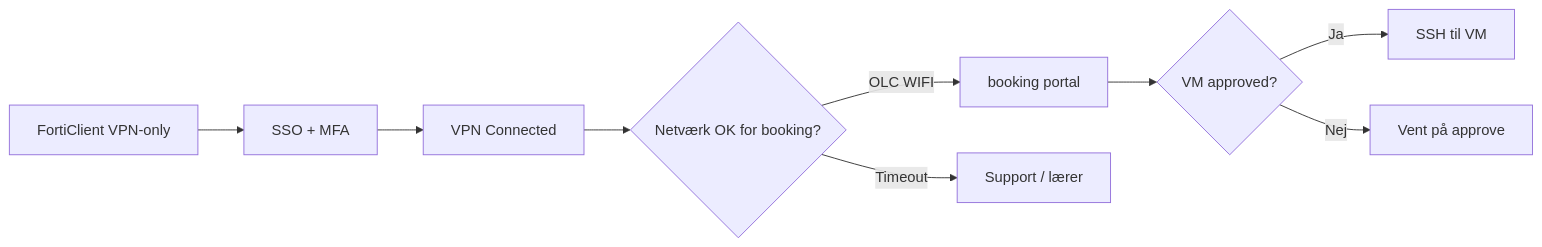
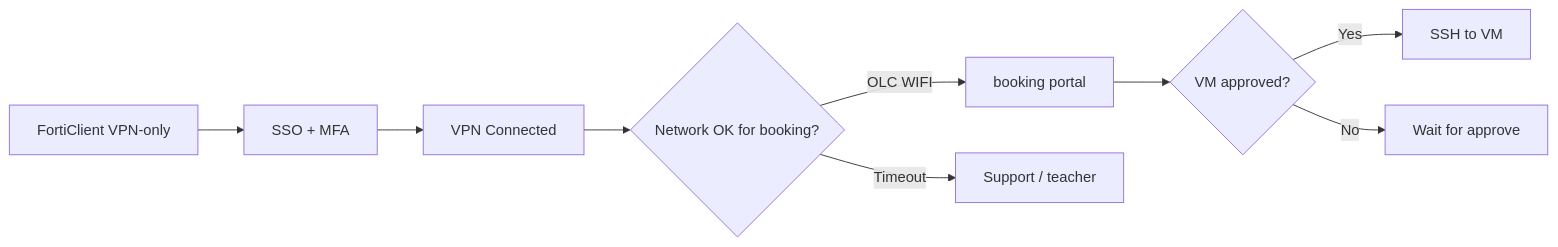
One commit to Mercantec-GHC/deploy-or-die-anbo0005 changed the second of 20 diagrams in docs/notes/day1-ssh.md. Above: the diagram before and after it, drawn with Mermaid. The commit also changed other lines of this file and 8 other files, not shown here.

````diff
--- a/docs/notes/day1-ssh.md
+++ b/docs/notes/day1-ssh.md
@@ -238,11 +238,11 @@
 ```mermaid
 flowchart LR
     A[FortiClient VPN-only] --> B[SSO + MFA]
     B --> C[VPN Connected]
-    C --> D{Netværk OK for booking?}
+    C --> D{Network OK for booking?}
     D -- OLC WIFI --> E[booking portal]
-    D -- Timeout --> H[Support / lærer]
+    D -- Timeout --> H[Support / teacher]
     E --> F{VM approved?}
-    F -- Ja --> G[SSH til VM]
-    F -- Nej --> I[Vent på approve]
+    F -- Yes --> G[SSH to VM]
+    F -- No --> I[Wait for approve]
 ```
````
